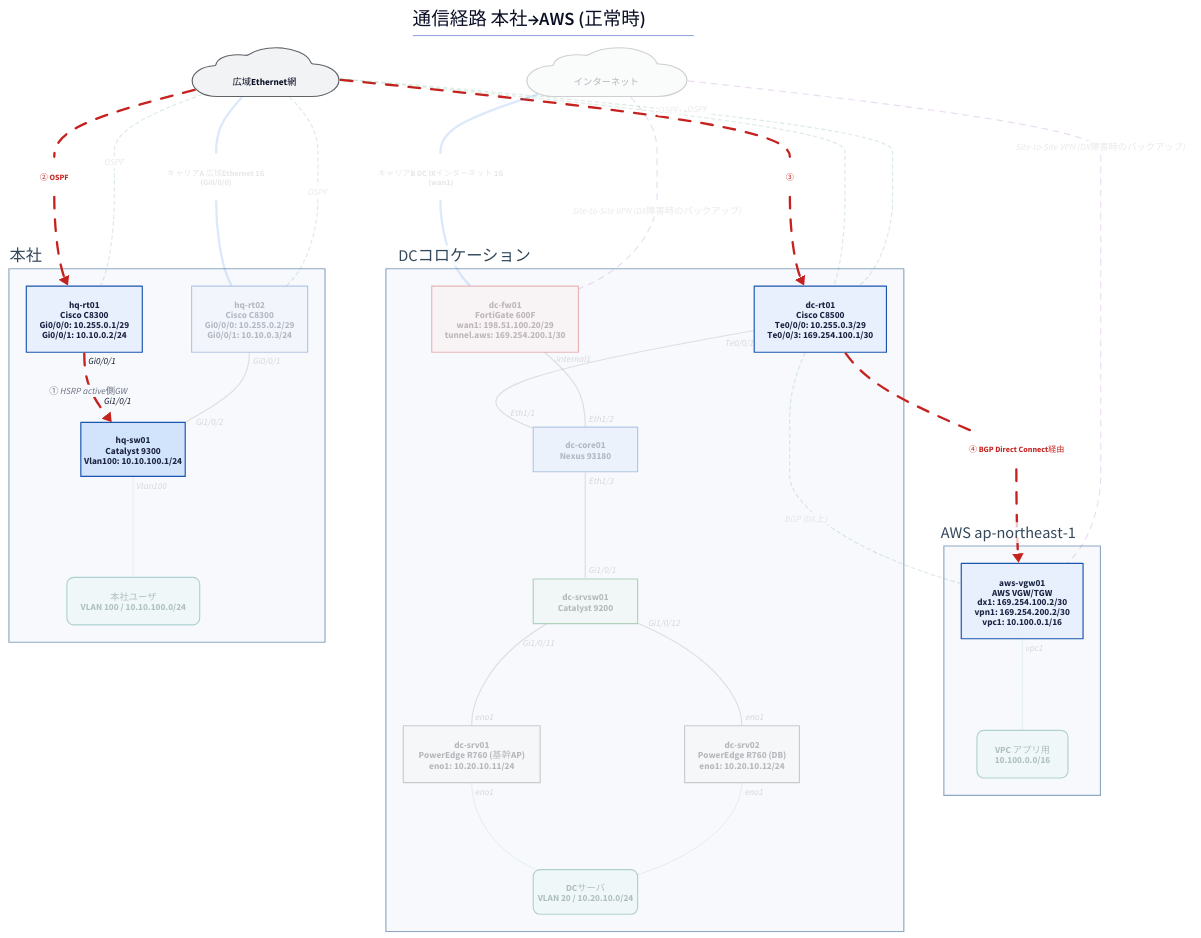
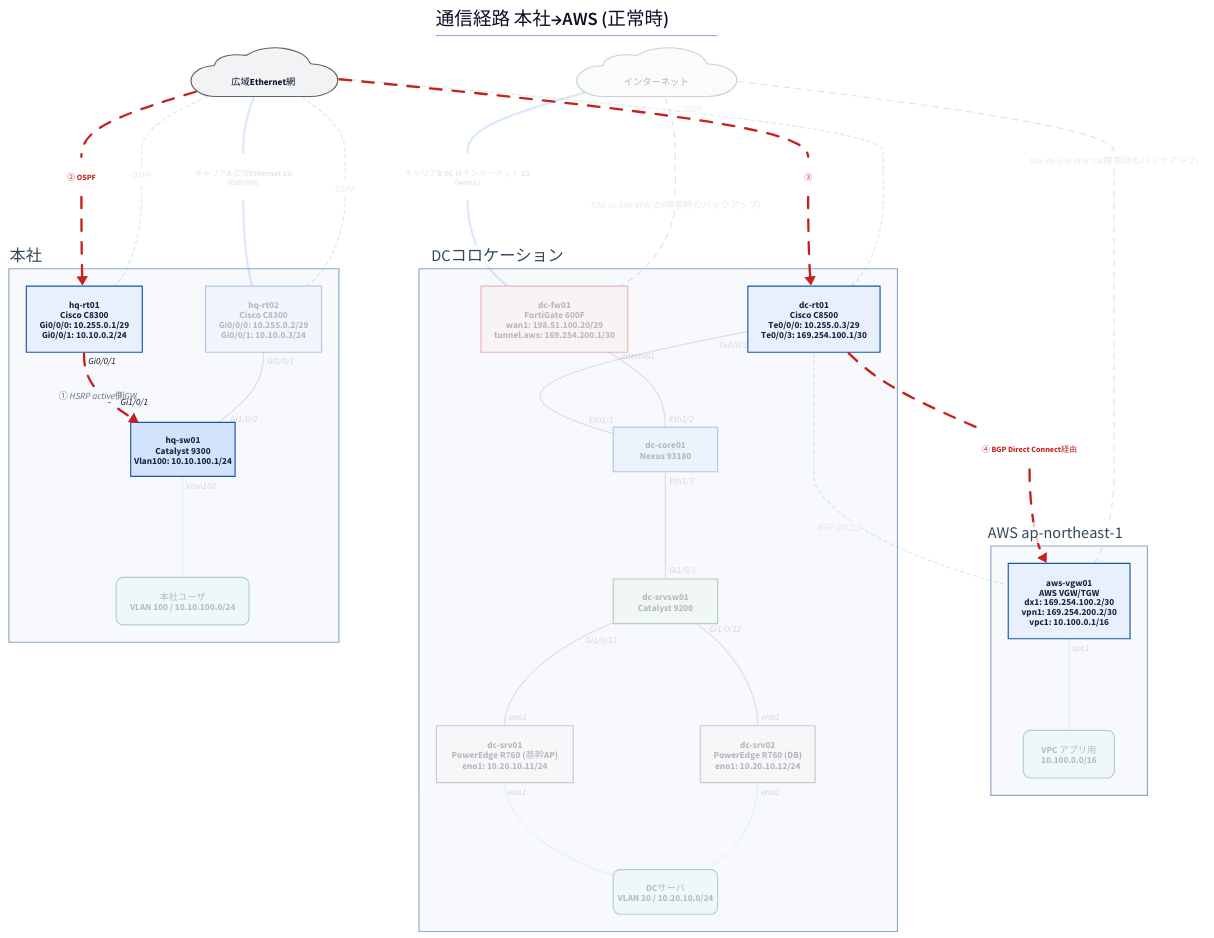
One commit to thinas1115/nwdsl changed the diagram in examples/hq-dc-cloud/generated/path-normal.d2. Above: the diagram before and after it, drawn with D2. The commit also changed 31 other files, not shown here.

```diff
--- a/examples/hq-dc-cloud/generated/path-normal.d2
+++ b/examples/hq-dc-cloud/generated/path-normal.d2
@@ -1,88 +1,87 @@
 title: |md
   # 通信経路 本社→AWS (正常時)
 | {near: top-center}
 direction: down
 
 classes: {
   role-router: {style.fill: "#e8f0fe"; style.stroke: "#1a56b0"; style.font-color: "#1a2340"}
   role-l3switch: {style.fill: "#d2e3fc"; style.stroke: "#1a56b0"; style.font-color: "#1a2340"}
   role-l2switch: {style.fill: "#e6f4ea"; style.stroke: "#137333"; style.font-color: "#1a2e1f"}
   role-firewall: {style.fill: "#fce8e6"; style.stroke: "#c5221f"; style.font-color: "#3c1a19"}
   role-other: {style.fill: "#f1f3f4"; style.stroke: "#5f6368"; style.font-color: "#202124"}
   node-cloud: {shape: cloud; style.fill: "#f1f3f4"; style.stroke: "#5f6368"}
   node-site: {style.fill: "#fff8e1"; style.stroke: "#b58105"; style.font-color: "#4a3a08"}
   node-segment: {style.fill: "#e2f5f0"; style.stroke: "#0f766e"; style.font-color: "#0b3d38"; style.border-radius: 12}
   node-external: {style.fill: "#ffffff"; style.stroke: "#9aa0a6"; style.stroke-dash: 3}
   group-site: {style.fill: "#f7f9fc"; style.stroke: "#8fa8c4"; style.font-color: "#33475b"}
   edge-label: {style.fill: "transparent"; style.stroke: "transparent"; style.font-size: 14; style.font-color: "#5f6368"; style.italic: true}
   edge-lan-cable: {style.stroke: "#4a4a4a"; style.stroke-width: 2}
   edge-wan-circuit: {style.stroke: "#1a73e8"; style.stroke-width: 4}
   edge-tunnel: {style.stroke: "#7b1fa2"; style.stroke-width: 2; style.stroke-dash: 5}
   edge-logical: {style.stroke: "#188038"; style.stroke-width: 2; style.stroke-dash: 3}
   edge-segment: {style.stroke: "#0f766e"; style.stroke-width: 1}
 }
 
 s_hq: "本社" {
   class: group-site
   label.near: outside-top-left
   n_hq_rt01: "hq-rt01\nCisco C8300\nGi0/0/0: 10.255.0.1/29\nGi0/0/1: 10.10.0.2/24" {class: role-router}
   n_hq_sw01: "hq-sw01\nCatalyst 9300\nVlan100: 10.10.100.1/24" {class: role-l3switch; width: 180}
   n_hq_rt02: "hq-rt02\nCisco C8300\nGi0/0/0: 10.255.0.2/29\nGi0/0/1: 10.10.0.3/24" {class: role-router; style.opacity: 0.3}
   n_seg__hq_users: "本社ユーザ\nVLAN 100 / 10.10.100.0/24" {class: node-segment; style.opacity: 0.3}
 }
 
 s_dc: "DCコロケーション" {
   class: group-site
   label.near: outside-top-left
   n_dc_rt01: "dc-rt01\nCisco C8500\nTe0/0/0: 10.255.0.3/29\nTe0/0/3: 169.254.100.1/30" {class: role-router}
   n_dc_core01: "dc-core01\nNexus 93180" {class: role-l3switch; width: 180; style.opacity: 0.3}
   n_dc_fw01: "dc-fw01\nFortiGate 600F\nwan1: 198.51.100.20/29\ntunnel.aws: 169.254.200.1/30" {class: role-firewall; style.opacity: 0.3}
   n_dc_srvsw01: "dc-srvsw01\nCatalyst 9200" {class: role-l2switch; width: 180; style.opacity: 0.3}
   n_dc_srv01: "dc-srv01\nPowerEdge R760 (基幹AP)\neno1: 10.20.10.11/24" {class: role-other; style.opacity: 0.3}
   n_dc_srv02: "dc-srv02\nPowerEdge R760 (DB)\neno1: 10.20.10.12/24" {class: role-other; style.opacity: 0.3}
   n_seg__dc_servers: "DCサーバ\nVLAN 20 / 10.20.10.0/24" {class: node-segment; width: 180; style.opacity: 0.3}
 }
 
 s_aws: "AWS ap-northeast-1" {
   class: group-site
   label.near: outside-top-left
   n_aws_vgw01: "aws-vgw01\nAWS VGW/TGW\ndx1: 169.254.100.2/30\nvpn1: 169.254.200.2/30\nvpc1: 10.100.0.1/16" {class: role-router}
   n_seg__aws_vpc_app: "VPC アプリ用\n10.100.0.0/16" {class: node-segment; style.opacity: 0.3}
 }
 
 n_wide_ether: "　広域Ethernet網　" {class: node-cloud}
 n_internet: "　インターネット　" {class: node-cloud; style.opacity: 0.3}
 
 s_hq.n_hq_rt01 -> s_hq.n_hq_sw01: "① HSRP active側GW" {class: edge-lan-cable; source-arrowhead.label: "Gi0/0/1"; target-arrowhead.label: "Gi1/0/1"; style.stroke: "#c5221f"; style.stroke-width: 4; style.animated: true}
 s_hq.n_hq_rt02 -- s_hq.n_hq_sw01 {class: edge-lan-cable; source-arrowhead.label: "Gi0/0/1"; target-arrowhead.label: "Gi1/0/2"; style.opacity: 0.15}
 s_dc.n_dc_rt01 -- s_dc.n_dc_core01 {class: edge-lan-cable; source-arrowhead.label: "Te0/0/1"; target-arrowhead.label: "Eth1/1"; style.opacity: 0.15}
 s_dc.n_dc_fw01 -- s_dc.n_dc_core01 {class: edge-lan-cable; source-arrowhead.label: "internal1"; target-arrowhead.label: "Eth1/2"; style.opacity: 0.15}
 s_dc.n_dc_core01 -- s_dc.n_dc_srvsw01 {class: edge-lan-cable; source-arrowhead.label: "Eth1/3"; target-arrowhead.label: "Gi1/0/1"; style.opacity: 0.15}
 s_dc.n_dc_srvsw01 -- s_dc.n_dc_srv01 {class: edge-lan-cable; source-arrowhead.label: "Gi1/0/11"; target-arrowhead.label: "eno1"; style.opacity: 0.15}
 s_dc.n_dc_srvsw01 -- s_dc.n_dc_srv02 {class: edge-lan-cable; source-arrowhead.label: "Gi1/0/12"; target-arrowhead.label: "eno1"; style.opacity: 0.15}
 lbl_7: "② OSPF" {class: edge-label; style.font-color: "#c5221f"; style.bold: true}
 n_wide_ether -- lbl_7 {class: edge-wan-circuit; style.stroke: "#c5221f"; style.stroke-width: 4; style.animated: true}
 lbl_7 -> s_hq.n_hq_rt01 {class: edge-wan-circuit; style.stroke: "#c5221f"; style.stroke-width: 4; style.animated: true}
 lbl_8: "キャリアA 広域Ethernet 1G\n(Gi0/0/0)" {class: edge-label; style.opacity: 0.15}
 n_wide_ether -- lbl_8 {class: edge-wan-circuit; style.opacity: 0.15}
 lbl_8 -- s_hq.n_hq_rt02 {class: edge-wan-circuit; style.opacity: 0.15}
 lbl_9: "③" {class: edge-label; style.font-color: "#c5221f"; style.bold: true}
 n_wide_ether -- lbl_9 {class: edge-wan-circuit; style.stroke: "#c5221f"; style.stroke-width: 4; style.animated: true}
 lbl_9 -> s_dc.n_dc_rt01 {class: edge-wan-circuit; style.stroke: "#c5221f"; style.stroke-width: 4; style.animated: true}
 lbl_10: "④ BGP Direct Connect経由" {class: edge-label; style.font-color: "#c5221f"; style.bold: true}
 s_dc.n_dc_rt01 -- lbl_10 {class: edge-wan-circuit; style.stroke: "#c5221f"; style.stroke-width: 4; style.animated: true}
 lbl_10 -> s_aws.n_aws_vgw01 {class: edge-wan-circuit; style.stroke: "#c5221f"; style.stroke-width: 4; style.animated: true}
 lbl_11: "キャリアB DC IXインターネット 1G\n(wan1)" {class: edge-label; style.opacity: 0.15}
 n_internet -- lbl_11 {class: edge-wan-circuit; style.opacity: 0.15}
 lbl_11 -- s_dc.n_dc_fw01 {class: edge-wan-circuit; style.opacity: 0.15}
 n_internet -- s_dc.n_dc_fw01: "Site-to-Site VPN (DX障害時のバックアップ)" {class: edge-tunnel; style.opacity: 0.15}
 n_internet -- s_aws.n_aws_vgw01: "Site-to-Site VPN (DX障害時のバックアップ)" {class: edge-tunnel; style.opacity: 0.15}
 n_wide_ether -- s_hq.n_hq_rt01: "OSPF" {class: edge-logical; style.opacity: 0.15}
 n_wide_ether -- s_dc.n_dc_rt01: "OSPF" {class: edge-logical; style.opacity: 0.15}
 n_wide_ether -- s_hq.n_hq_rt02: "OSPF" {class: edge-logical; style.opacity: 0.15}
-n_wide_ether -- s_dc.n_dc_rt01: "OSPF" {class: edge-logical; style.opacity: 0.15}
 s_dc.n_dc_rt01 -- s_aws.n_aws_vgw01: "BGP (DX上)" {class: edge-logical; style.opacity: 0.15}
 s_hq.n_hq_sw01 -- s_hq.n_seg__hq_users {class: edge-segment; source-arrowhead.label: "Vlan100"; style.opacity: 0.15}
 s_dc.n_dc_srv01 -- s_dc.n_seg__dc_servers {class: edge-segment; source-arrowhead.label: "eno1"; style.opacity: 0.15}
 s_dc.n_dc_srv02 -- s_dc.n_seg__dc_servers {class: edge-segment; source-arrowhead.label: "eno1"; style.opacity: 0.15}
 s_aws.n_aws_vgw01 -- s_aws.n_seg__aws_vpc_app {class: edge-segment; source-arrowhead.label: "vpc1"; style.opacity: 0.15}
```
